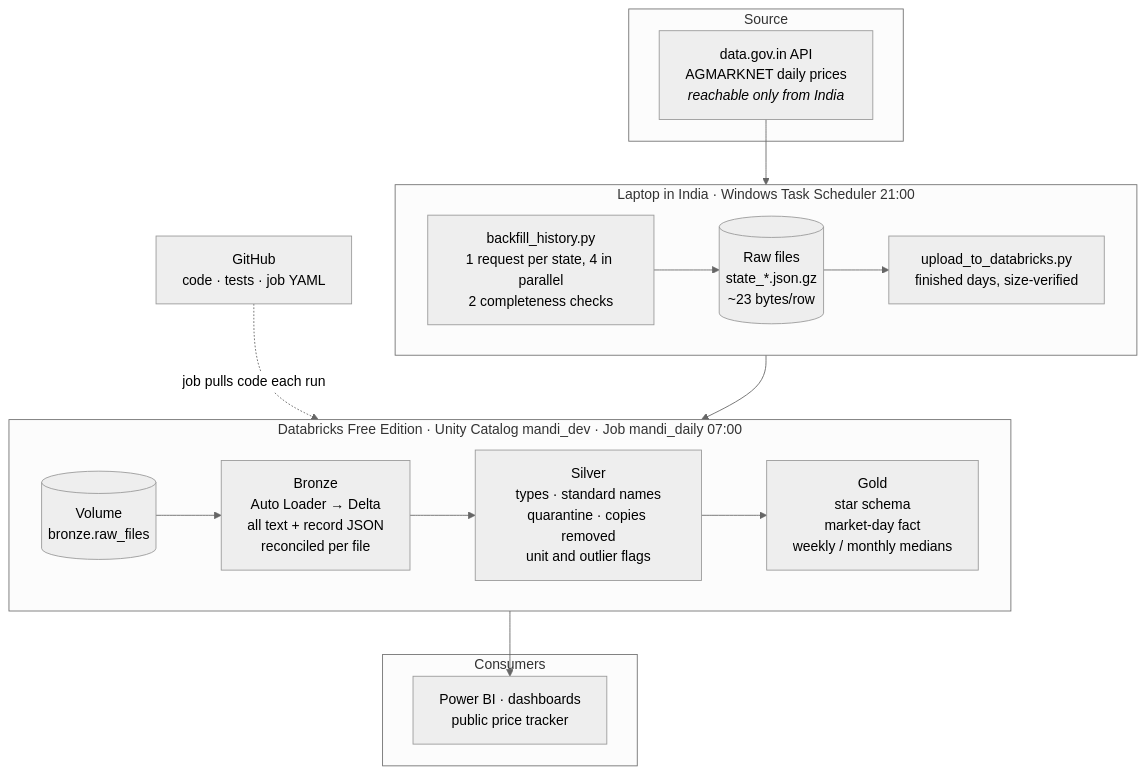
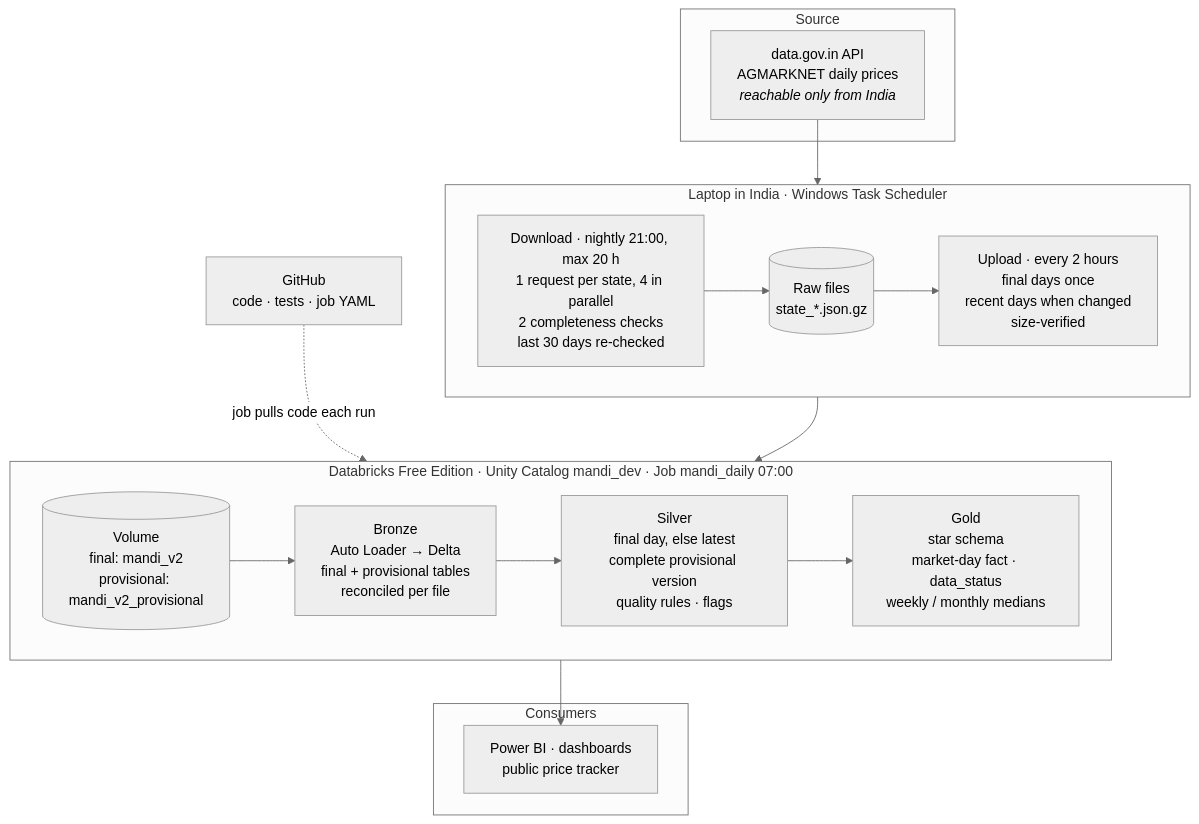
The diagram in docs/images/architecture.mmd (vm8181/mandi-price-intelligence), drawn with Mermaid (neutral theme) before and after one commit. The commit also changed 2 other files, not shown here.

Commit message:
README: provisional data verified, October trend, updated architecture diagram

```diff
--- a/docs/images/architecture.mmd
+++ b/docs/images/architecture.mmd
@@ -1,22 +1,22 @@
 flowchart TB
   subgraph SRC["Source"]
     API["data.gov.in API<br/>AGMARKNET daily prices<br/><i>reachable only from India</i>"]
   end
-  subgraph LAP["Laptop in India · Windows Task Scheduler 21:00"]
+  subgraph LAP["Laptop in India · Windows Task Scheduler"]
     direction LR
-    DL["backfill_history.py<br/>1 request per state, 4 in parallel<br/>2 completeness checks"]
-    RAW[("Raw files<br/>state_*.json.gz<br/>~23 bytes/row")]
-    UP["upload_to_databricks.py<br/>finished days, size-verified"]
+    DL["Download · nightly 21:00, max 20 h<br/>1 request per state, 4 in parallel<br/>2 completeness checks<br/>last 30 days re-checked"]
+    RAW[("Raw files<br/>state_*.json.gz")]
+    UP["Upload · every 2 hours<br/>final days once<br/>recent days when changed<br/>size-verified"]
   end
   subgraph DBX["Databricks Free Edition · Unity Catalog mandi_dev · Job mandi_daily 07:00"]
     direction LR
-    VOL[("Volume<br/>bronze.raw_files")]
-    BR["Bronze<br/>Auto Loader → Delta<br/>all text + record JSON<br/>reconciled per file"]
-    SI["Silver<br/>types · standard names<br/>quarantine · copies removed<br/>unit and outlier flags"]
-    GO["Gold<br/>star schema<br/>market-day fact<br/>weekly / monthly medians"]
+    VOL[("Volume<br/>final: mandi_v2<br/>provisional: mandi_v2_provisional")]
+    BR["Bronze<br/>Auto Loader → Delta<br/>final + provisional tables<br/>reconciled per file"]
+    SI["Silver<br/>final day, else latest<br/>complete provisional version<br/>quality rules · flags"]
+    GO["Gold<br/>star schema<br/>market-day fact · data_status<br/>weekly / monthly medians"]
   end
   subgraph OUT["Consumers"]
     BI["Power BI · dashboards<br/>public price tracker"]
   end
   API --> DL --> RAW --> UP --> VOL --> BR --> SI --> GO --> BI
   GH["GitHub<br/>code · tests · job YAML"] -. "job pulls code each run" .-> DBX
```
